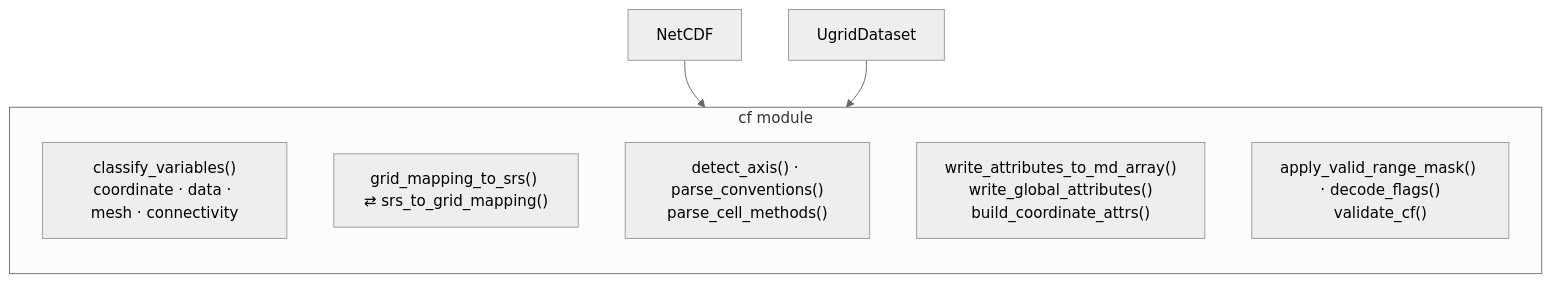
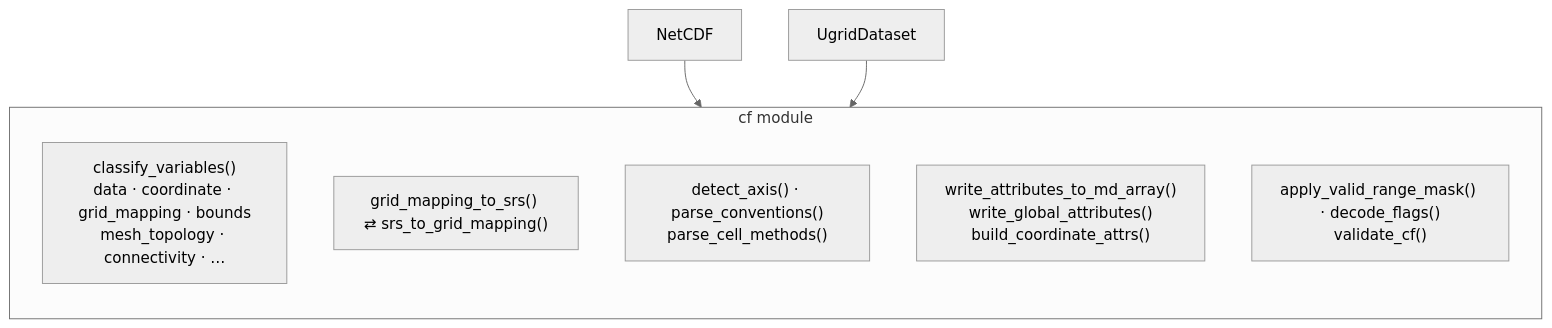
The diagram in docs/reference/netcdf/cf/index.md (serapeum-org/pyramids), drawn with Mermaid (neutral theme) before and after one commit.

Commit message:
docs(netcdf): list more CF classification roles in the capability map
classify_variables assigns nine roles; the capability-map node listed
only four, reading as exhaustive. Show the major roles plus an ellipsis
so it is clearly representative (review L1).

````diff
--- a/docs/reference/netcdf/cf/index.md
+++ b/docs/reference/netcdf/cf/index.md
@@ -29,13 +29,13 @@
 ```mermaid
 flowchart TB
     NC["NetCDF"] --> CF
     UG["UgridDataset"] --> CF
     subgraph CF["cf module"]
         direction TB
-        CLS["classify_variables()<br/>coordinate · data · mesh · connectivity"]
+        CLS["classify_variables()<br/>data · coordinate · grid_mapping · bounds<br/>mesh_topology · connectivity · …"]
         CRS["grid_mapping_to_srs() ⇄ srs_to_grid_mapping()"]
         PAR["detect_axis() · parse_conventions()<br/>parse_cell_methods()"]
         WR["write_attributes_to_md_array()<br/>write_global_attributes()<br/>build_coordinate_attrs()"]
         DEC["apply_valid_range_mask() · decode_flags()<br/>validate_cf()"]
     end
 ```
````
